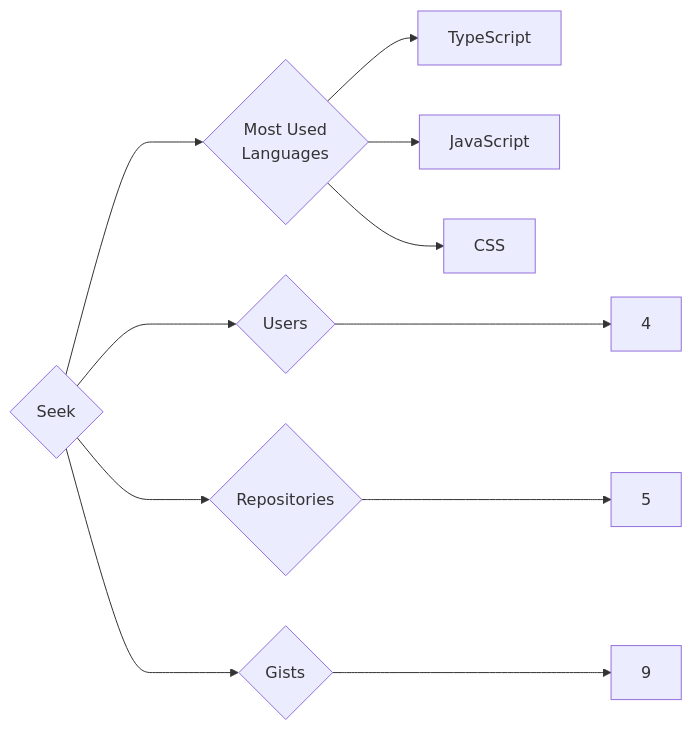
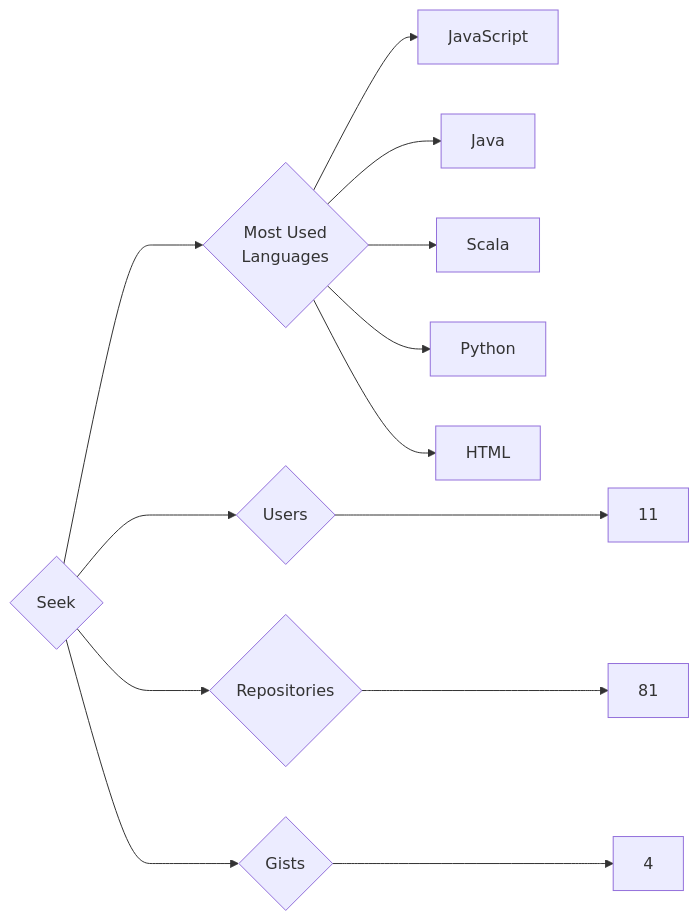
The diagram in targets/Seek/README.md (trickest/insiders), drawn with Mermaid before and after one commit. The commit also changed 797 other files, not shown here.

````diff
--- a/targets/Seek/README.md
+++ b/targets/Seek/README.md
@@ -3,11 +3,13 @@
 ```mermaid
 graph LR
 COMPANY_NAME{Seek}
-COMPANY_NAME ---> U{Users} ---> UN[4]
-COMPANY_NAME ---> R{Repositories} ---> RN[5]
-COMPANY_NAME ---> G{Gists} ---> GN[9]
+COMPANY_NAME ---> U{Users} ---> UN[11]
+COMPANY_NAME ---> R{Repositories} ---> RN[81]
+COMPANY_NAME ---> G{Gists} ---> GN[4]
 COMPANY_NAME ---> ML{Most Used<br>Languages}
-ML --> TypeScript[TypeScript]
 ML --> JavaScript[JavaScript]
-ML --> CSS[CSS]
+ML --> Java[Java]
+ML --> Scala[Scala]
+ML --> Python[Python]
+ML --> HTML[HTML]
 ```
````
